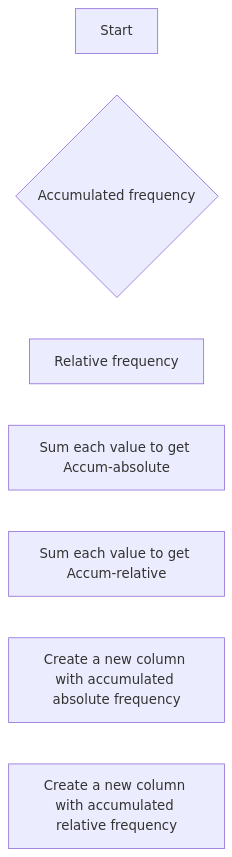
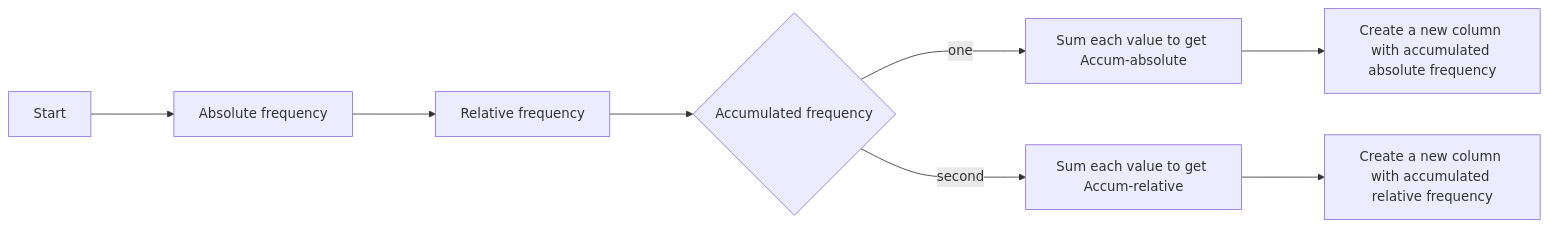
One commit to StanDoge/PYE-lab-1 changed the diagram in README.md. Above: the diagram before and after it, drawn with Mermaid. The commit also changed other lines of this file, not shown here.

Commit message:
First chart ready

````diff
--- a/README.md
+++ b/README.md
@@ -9,12 +9,24 @@
 ```mermaid
 flowchart LR
 S[Start]
 A[Absolute frequency]
 R[Relative frequency]
-A{Accumulated frequency}
+AD{Accumulated frequency}
 S1[Sum each value to get Accum-absolute]
 S2[Sum each value to get Accum-relative]
 NR[Create a new column with accumulated absolute frequency]
 NA[Create a new column with accumulated relative frequency]
 
+%% Colores %%
+	classDef blue  fill:#2374f7, stroke:#000, stroke-width:2px, color:#fff
+	classDef pink  fill:#eb3dd6,stroke:#000, stroke-width:2px, color:#fff
+	classDef orange  fill:#fc822b,stroke:#000,stroke-width:2px,color:#fff
+	classDef red  fill:#ed2633,stroke:#000,stroke-width:2px,color:#fff
+	classDef green  fill:#16b522,stroke:#000,stroke-width:2px,color:#fff
+
+S ---> A ---> R ---> AD
+AD --->|one| S1
+AD --->|second| S2
+S1 ---> NR
+S2 ---> NA
 ```
````
